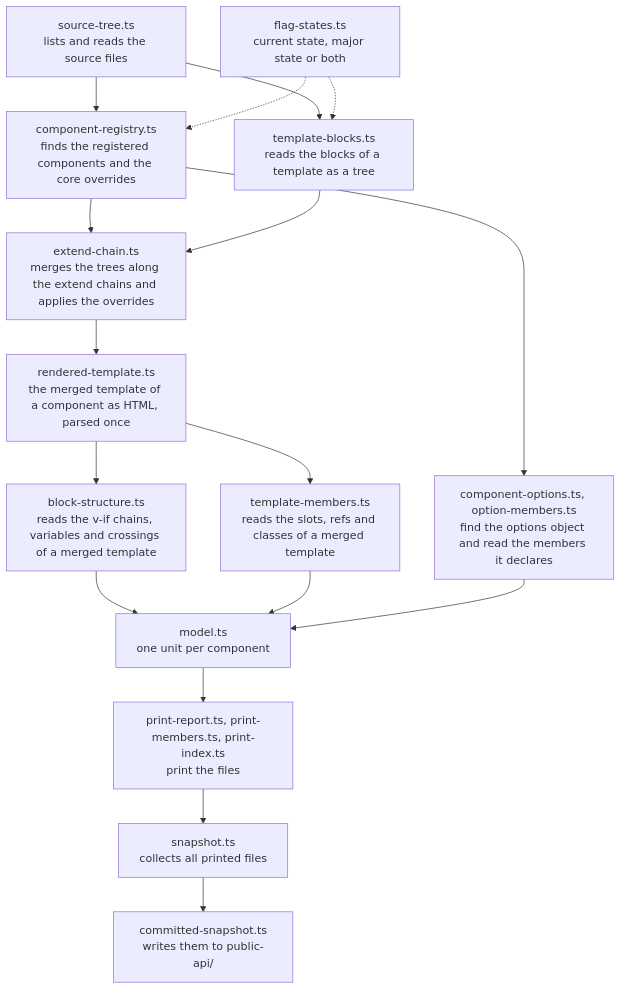
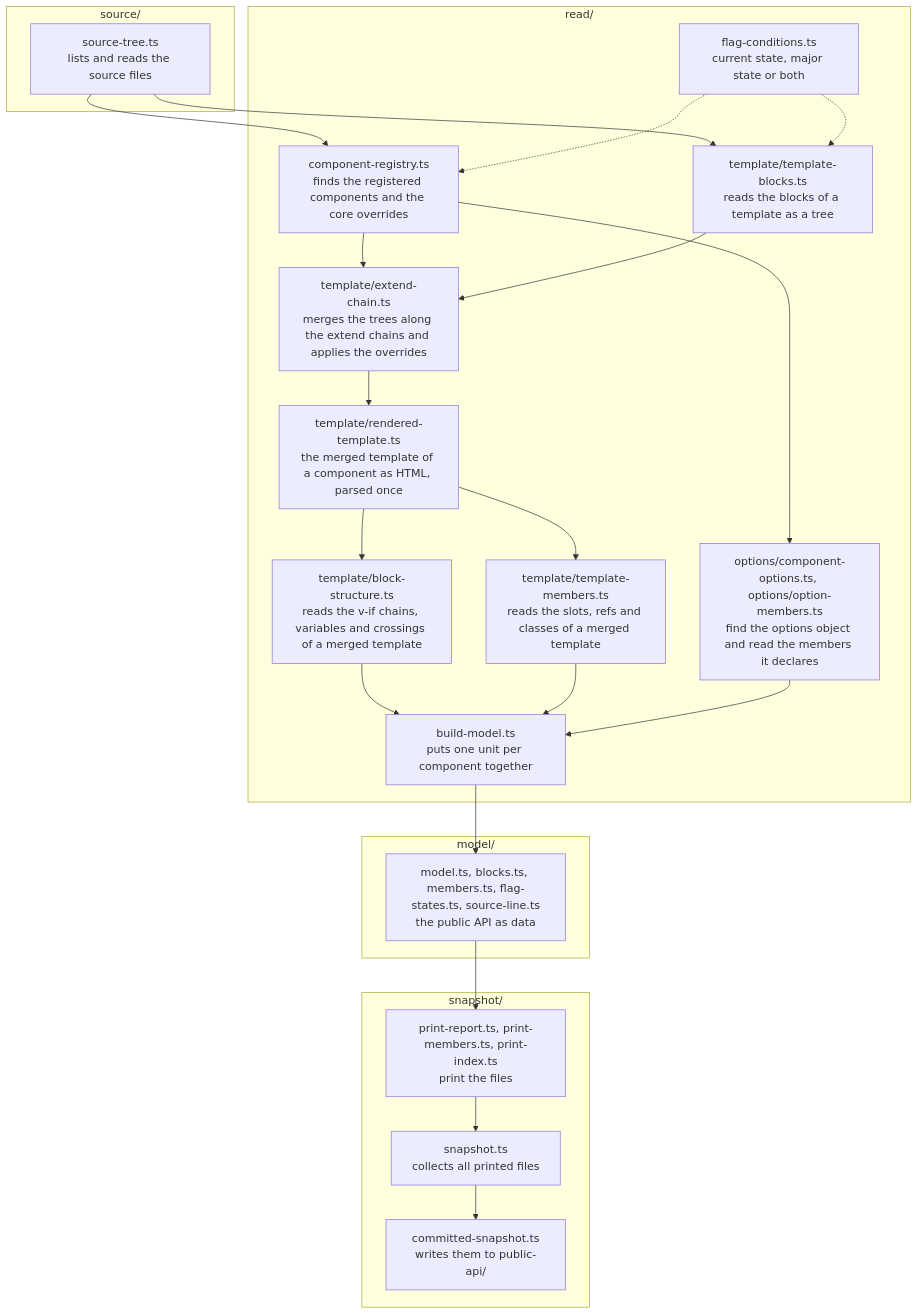
One commit to shopware/shopware changed the first of 2 diagrams in src/Administration/Resources/app/administration/scripts/generate-public-api/README.md. Above: the diagram before and after it, drawn with Mermaid. The commit also changed other lines of this file and 423 other files, not shown here.

First line of the commit message:
refactor(administration): sort the public API script into folders by step

````diff
--- a/src/Administration/Resources/app/administration/scripts/generate-public-api/README.md
+++ b/src/Administration/Resources/app/administration/scripts/generate-public-api/README.md
@@ -12,24 +30,33 @@
 ```mermaid
 flowchart TD
-    tree["source-tree.ts<br/>lists and reads the source files"]
-    registry["component-registry.ts<br/>finds the registered components and the core overrides"]
-    blocks["template-blocks.ts<br/>reads the blocks of a template as a tree"]
-    chain["extend-chain.ts<br/>merges the trees along the extend chains and applies the overrides"]
-    rendered["rendered-template.ts<br/>the merged template of a component as HTML, parsed once"]
-    structure["block-structure.ts<br/>reads the v-if chains, variables and crossings of a merged template"]
-    templateMembers["template-members.ts<br/>reads the slots, refs and classes of a merged template"]
-    options["component-options.ts, option-members.ts<br/>find the options object and read the members it declares"]
-    flags["flag-states.ts<br/>current state, major state or both"]
-    model["model.ts<br/>one unit per component"]
-    printers["print-report.ts, print-members.ts, print-index.ts<br/>print the files"]
-    snapshot["snapshot.ts<br/>collects all printed files"]
-    committed["committed-snapshot.ts<br/>writes them to public-api/"]
+    subgraph source["source/"]
+        tree["source-tree.ts<br/>lists and reads the source files"]
+    end
+    subgraph read["read/"]
+        registry["component-registry.ts<br/>finds the registered components and the core overrides"]
+        blocks["template/template-blocks.ts<br/>reads the blocks of a template as a tree"]
+        chain["template/extend-chain.ts<br/>merges the trees along the extend chains and applies the overrides"]
+        rendered["template/rendered-template.ts<br/>the merged template of a component as HTML, parsed once"]
+        structure["template/block-structure.ts<br/>reads the v-if chains, variables and crossings of a merged template"]
+        templateMembers["template/template-members.ts<br/>reads the slots, refs and classes of a merged template"]
+        options["options/component-options.ts, options/option-members.ts<br/>find the options object and read the members it declares"]
+        flags["flag-conditions.ts<br/>current state, major state or both"]
+        build["build-model.ts<br/>puts one unit per component together"]
+    end
+    subgraph model["model/"]
+        data["model.ts, blocks.ts, members.ts, flag-states.ts, source-line.ts<br/>the public API as data"]
+    end
+    subgraph snapshot["snapshot/"]
+        printers["print-report.ts, print-members.ts, print-index.ts<br/>print the files"]
+        files["snapshot.ts<br/>collects all printed files"]
+        committed["committed-snapshot.ts<br/>writes them to public-api/"]
+    end
 
     tree --> registry --> chain
-    tree --> blocks --> chain --> rendered --> structure --> model
-    rendered --> templateMembers --> model
-    registry --> options --> model
+    tree --> blocks --> chain --> rendered --> structure --> build
+    rendered --> templateMembers --> build
+    registry --> options --> build
     flags -.-> registry
     flags -.-> blocks
-    model --> printers --> snapshot --> committed
+    build --> data --> printers --> files --> committed
 ```
````
